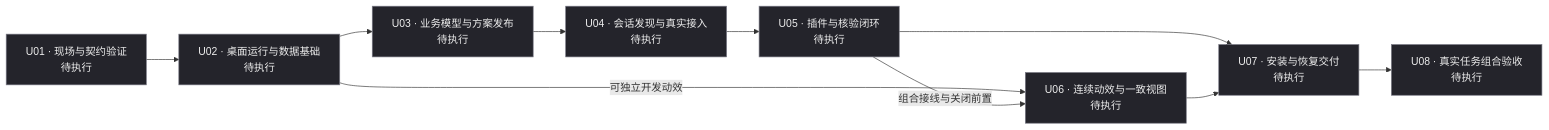
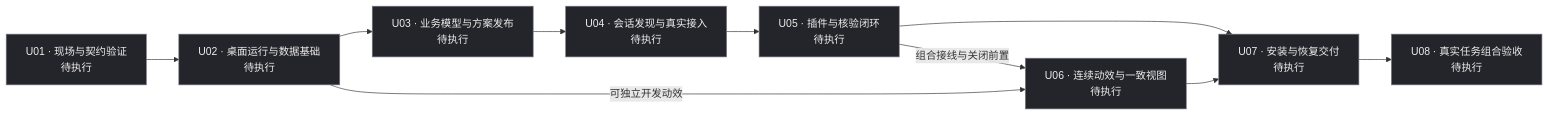
The diagram in docs/03_桌面工作台与Codex连接/02_台账/01_手动试跑主台账_2026-11-09.md (WuwuZhang0019/Codex-task-monitoring), drawn with Mermaid before and after one commit. The commit also changed other lines of this file and 3 other files, not shown here.

````diff
--- a/docs/03_桌面工作台与Codex连接/02_台账/01_手动试跑主台账_2026-11-09.md
+++ b/docs/03_桌面工作台与Codex连接/02_台账/01_手动试跑主台账_2026-11-09.md
@@ -32,24 +32,24 @@
 ```mermaid
 flowchart LR
     U01["U01 · 现场与契约验证<br/>待执行"]
     U02["U02 · 桌面运行与数据基础<br/>待执行"]
     U03["U03 · 业务模型与方案发布<br/>待执行"]
     U04["U04 · 会话发现与真实接入<br/>待执行"]
     U05["U05 · 插件与核验闭环<br/>待执行"]
     U06["U06 · 连续动效与一致视图<br/>待执行"]
     U07["U07 · 安装与恢复交付<br/>待执行"]
     U08["U08 · 真实任务组合验收<br/>待执行"]
 
     U01 --> U02
     U02 --> U03
     U03 --> U04
     U04 --> U05
+    U05 -->|组合接线与关闭前置| U06
     U02 -->|可独立开发动效| U06
-    U05 -->|组合接线与关闭前置| U06
     U05 --> U07
     U06 --> U07
     U07 --> U08
 
     classDef pending fill:#24242b,stroke:#777783,color:#eeeeee;
     class U01,U02,U03,U04,U05,U06,U07,U08 pending;
 ```
````
